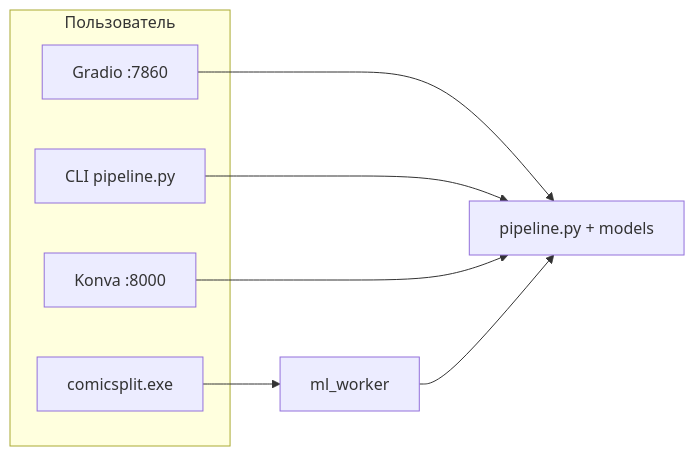
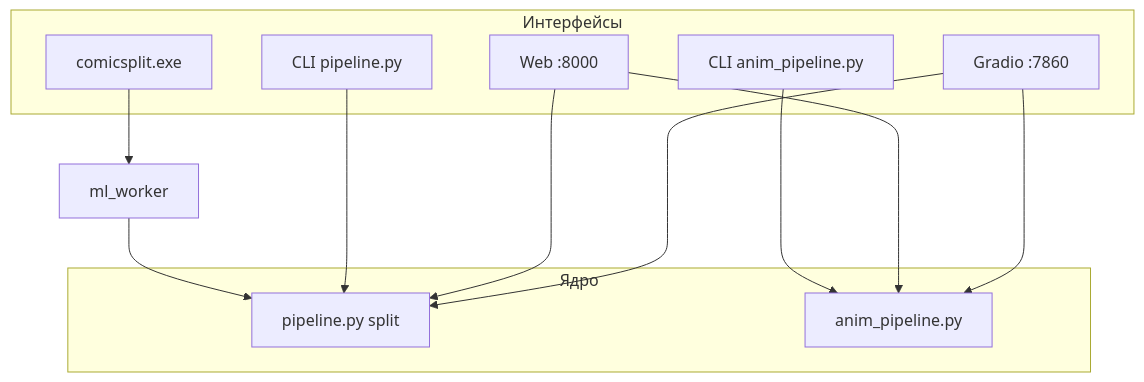
One commit to arnik807/Comix_Split changed the diagram in spec_s/README.md. Above: the diagram before and after it, drawn with Mermaid. The commit also changed other lines of this file and 13 other files, not shown here.

````diff
--- a/spec_s/README.md
+++ b/spec_s/README.md
@@ -24,14 +26,21 @@
 ```mermaid
-flowchart LR
-  subgraph user [Пользователь]
+flowchart TB
+  subgraph ui [Интерфейсы]
     G[Gradio :7860]
+    W[Web :8000]
     C[CLI pipeline.py]
-    K[Konva :8000]
+    A[CLI anim_pipeline.py]
     Go[comicsplit.exe]
   end
-  P[pipeline.py + models]
+  subgraph core [Ядро]
+    P[pipeline.py split]
+    AP[anim_pipeline.py]
+  end
   G --> P
+  G --> AP
+  W --> P
+  W --> AP
   C --> P
-  K --> P
+  A --> AP
   Go --> ML[ml_worker] --> P
 ```
````
